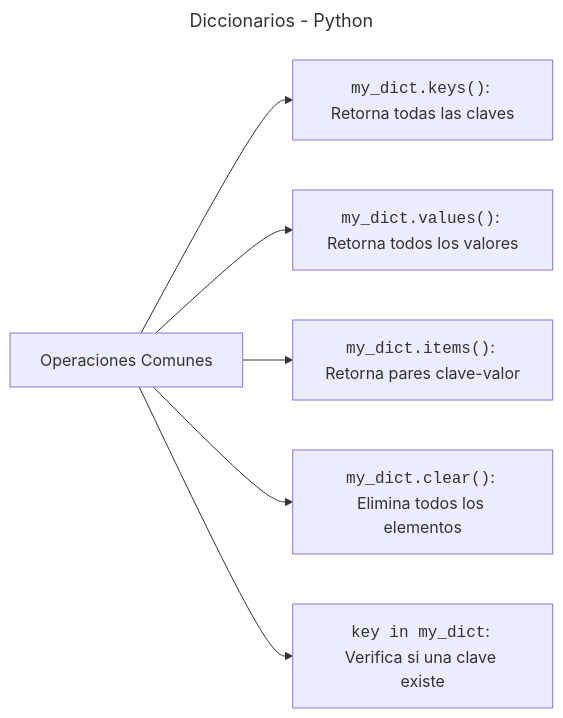
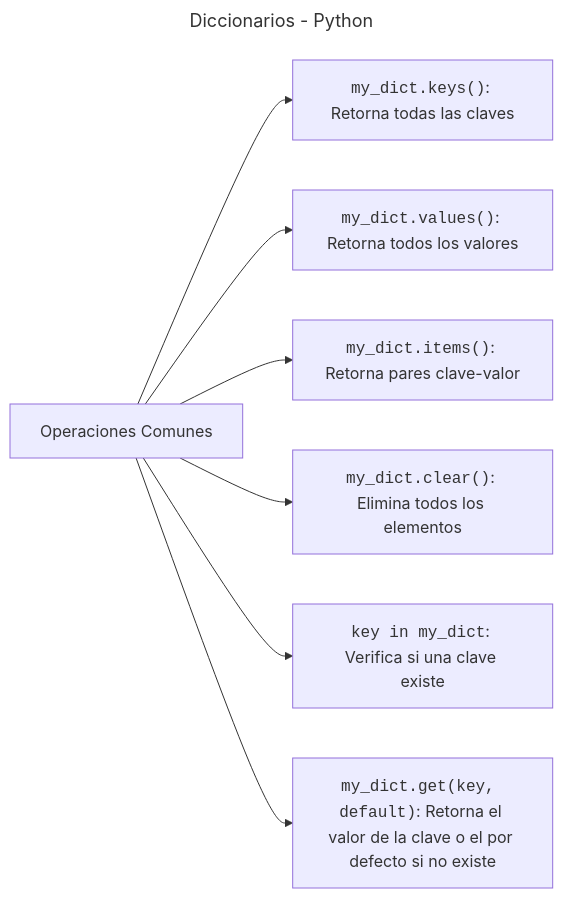
The diagram in _posts/lenguajes-de-programacion/python/1-basico/2022-02-02-diccionarios.md (EniDev911/portfolio_crispy), drawn with Mermaid before and after one commit. The commit also changed other lines of this file, not shown here.

````diff
--- a/_posts/lenguajes-de-programacion/python/1-basico/2022-02-02-diccionarios.md
+++ b/_posts/lenguajes-de-programacion/python/1-basico/2022-02-02-diccionarios.md
@@ -66,11 +106,12 @@
 ```mermaid
 ---
 title: "Diccionarios - Python"
 ---
 graph LR
     F["Operaciones Comunes"] --> F1["<code class="hl">my_dict.keys()</code>: Retorna todas las claves"]
     F --> F2["<code class="hl">my_dict.values()</code>: Retorna todos los valores"]
     F --> F3["<code class="hl">my_dict.items()</code>: Retorna pares clave-valor"]
     F --> F4["<code class="hl">my_dict.clear()</code>: Elimina todos los elementos"]
     F --> F5["<code class="hl">key in my_dict</code>: Verifica si una clave existe"]
+    F --> F6["<code class='hl'>my_dict.get(key, default)</code>: Retorna el valor de la clave o el por defecto si no existe"]
 ```
````
